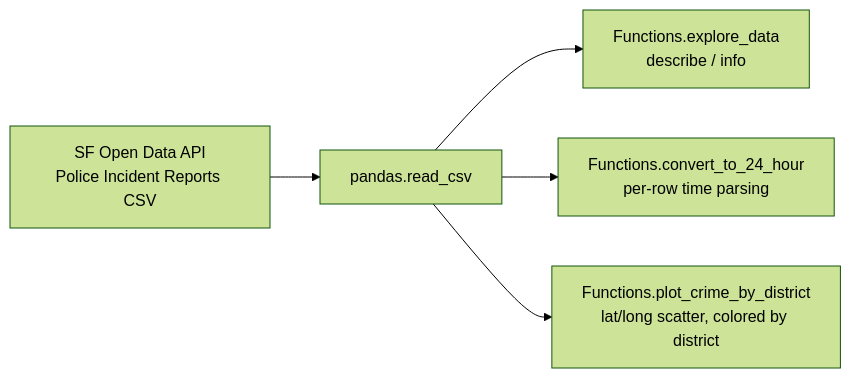
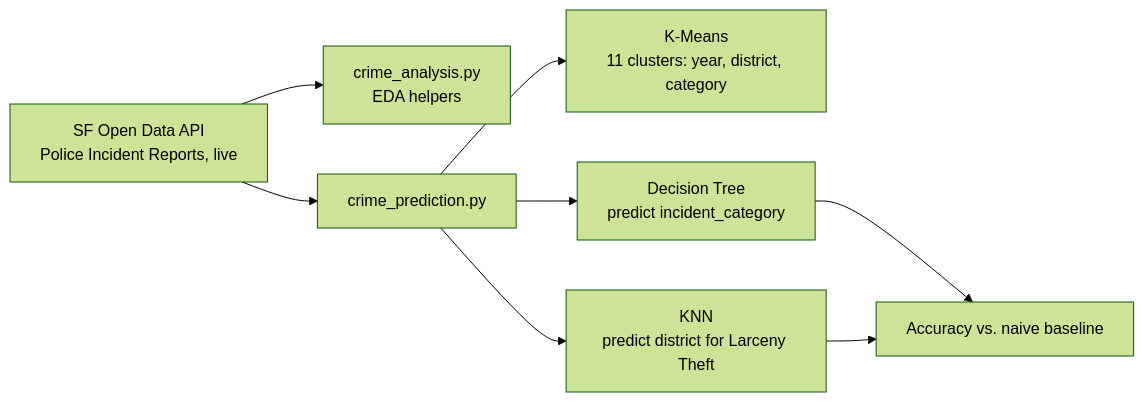
The diagram in README.md (prajithkdev/sf-crime-eda), drawn with Mermaid (forest theme) before and after one commit. The commit also changed other lines of this file and 2 other files, not shown here.

Commit message:
Add K-Means/Decision Tree/KNN pipeline with real, evaluated results

````diff
--- a/README.md
+++ b/README.md
@@ -30,7 +33,10 @@
 ```mermaid
 flowchart LR
-    A[SF Open Data API<br/>Police Incident Reports CSV] --> B[pandas.read_csv]
-    B --> C[Functions.explore_data<br/>describe / info]
-    B --> D[Functions.convert_to_24_hour<br/>per-row time parsing]
-    B --> E[Functions.plot_crime_by_district<br/>lat/long scatter, colored by district]
+    A[SF Open Data API<br/>Police Incident Reports, live] --> B[crime_analysis.py<br/>EDA helpers]
+    A --> C[crime_prediction.py]
+    C --> D[K-Means<br/>11 clusters: year, district, category]
+    C --> E[Decision Tree<br/>predict incident_category]
+    C --> F[KNN<br/>predict district for Larceny Theft]
+    E --> G[Accuracy vs. naive baseline]
+    F --> G
 ```
````
